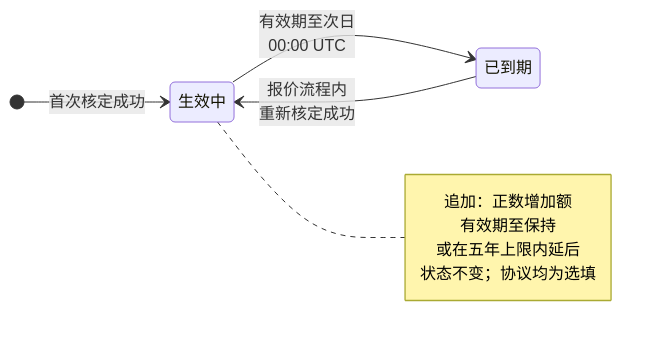
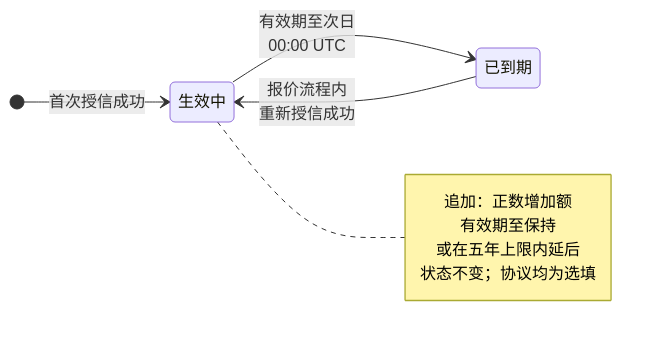
The sixth of 8 diagrams in lending-platform/PRD/面客端/06-借贷广场-授信报价与接受拒绝/02-授信报价与接受拒绝-流程图与状态机.md (wxblockchain/Chain-Financing), drawn with Mermaid before and after one commit. The commit also changed other lines of this file and 5 other files, not shown here.

````diff
--- a/lending-platform/PRD/面客端/06-借贷广场-授信报价与接受拒绝/02-授信报价与接受拒绝-流程图与状态机.md
+++ b/lending-platform/PRD/面客端/06-借贷广场-授信报价与接受拒绝/02-授信报价与接受拒绝-流程图与状态机.md
@@ -143,15 +143,15 @@
 ```mermaid
 stateDiagram-v2
   direction LR
   state "生效中" as ACTIVE
   state "已到期" as EXPIRED
-  [*] --> ACTIVE: 首次核定成功
+  [*] --> ACTIVE: 首次授信成功
   ACTIVE --> EXPIRED: 有效期至次日<br/>00:00 UTC
-  EXPIRED --> ACTIVE: 报价流程内<br/>重新核定成功
+  EXPIRED --> ACTIVE: 报价流程内<br/>重新授信成功
   note right of ACTIVE
     追加：正数增加额
     有效期至保持
     或在五年上限内延后
     状态不变；协议均为选填
   end note
 ```
````
